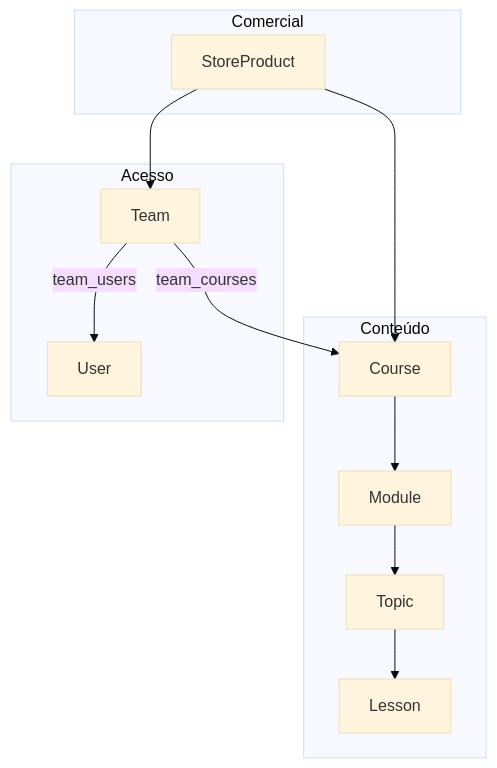
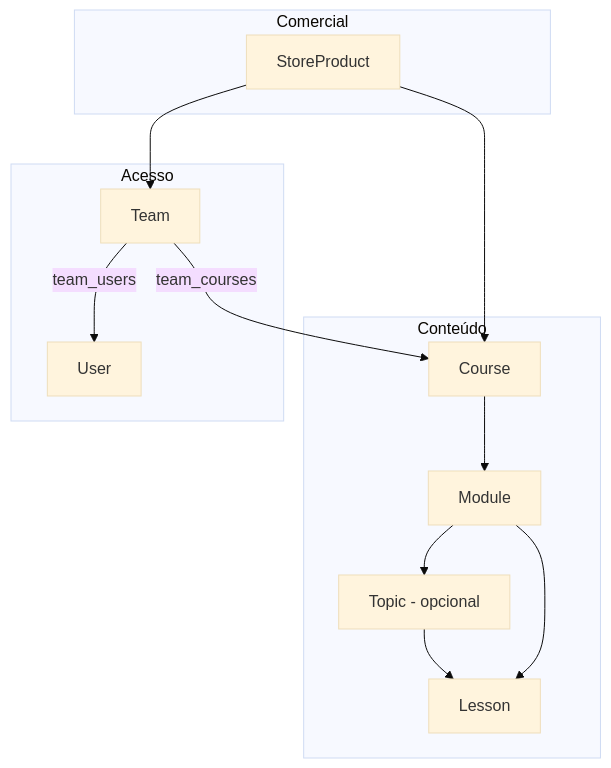
Before and after one commit to odanilodev/dooli: the fourth of 5 diagrams in docs/DOMAIN.md, drawn with Mermaid (base theme). The commit also changed other lines of this file and 33 other files, not shown here.

````diff
--- a/docs/DOMAIN.md
+++ b/docs/DOMAIN.md
@@ -110,14 +113,16 @@
 ```mermaid
 flowchart TD
     subgraph Conteudo[Conteúdo]
-        CO2[Course] --> M2[Module] --> T2[Topic] --> L2[Lesson]
+        CO2[Course] --> M2[Module]
+        M2 --> T2[Topic - opcional] --> L2[Lesson]
+        M2 --> L2
     end
     subgraph Acesso[Acesso]
         TE2[Team] -->|team_courses| CO2
         TE2 -->|team_users| U2[User]
     end
     subgraph Comercial[Comercial]
         SP2[StoreProduct] --> CO2
         SP2 --> TE2
     end
 ```
````
